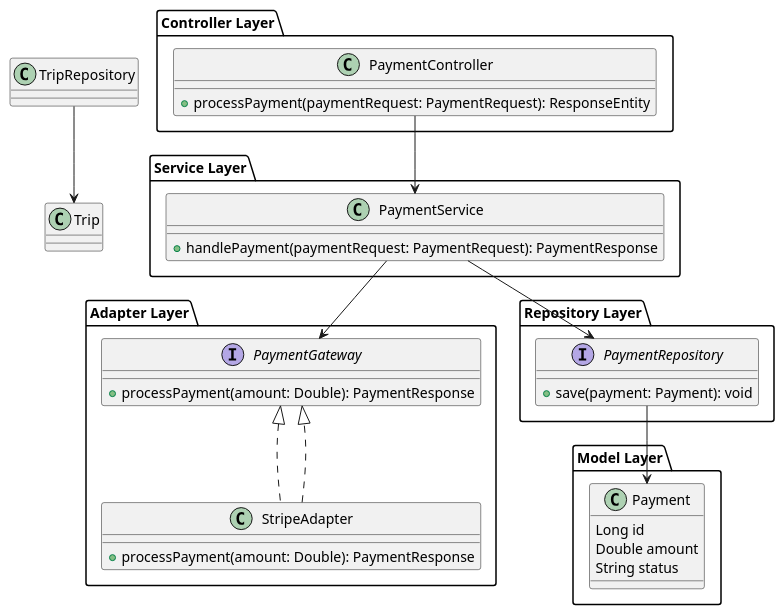
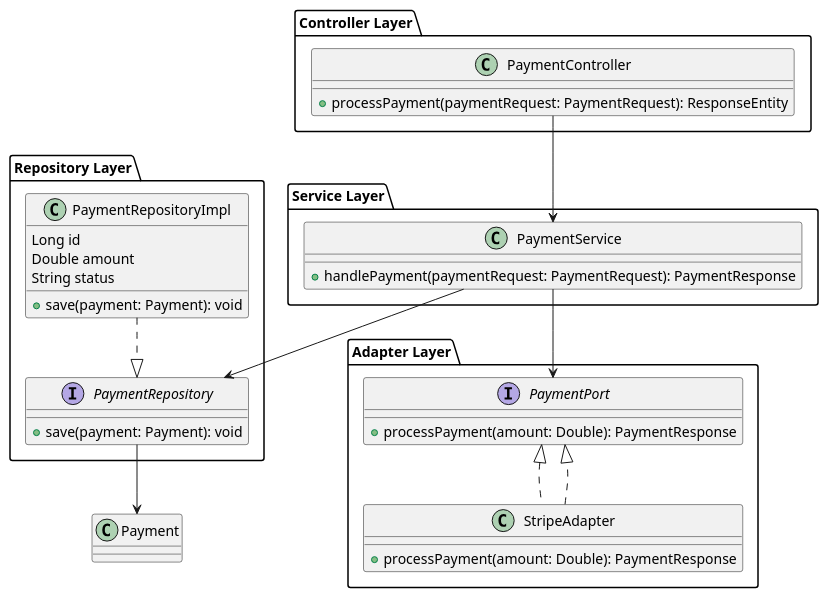
One commit to AIM-ENE-feb25/triptop-asas changed the diagram in Component diagram Amine/code diagram.puml. Above: the diagram before and after it, drawn with PlantUML. The commit also changed 1 other file, not shown here.

```diff
--- a/Component diagram Amine/code diagram.puml
+++ b/Component diagram Amine/code diagram.puml
@@ -1,52 +1,55 @@
 @startuml
 
 package "Controller Layer" {
     class PaymentController {
         + processPayment(paymentRequest: PaymentRequest): ResponseEntity
     }
 }
 
 package "Service Layer" {
     class PaymentService {
         + handlePayment(paymentRequest: PaymentRequest): PaymentResponse
     }
 
 }
 
 package "Repository Layer" {
     interface PaymentRepository {
         + save(payment: Payment): void
     }
+        class PaymentRepositoryImpl {
+                Long id
+                Double amount
+                String status
+            + save(payment: Payment): void
+        }
 }
 
-package "Model Layer" {
-    class Payment {
-        Long id
-        Double amount
-        String status
-    }
-}
+
 
 package "Adapter Layer" {
-    interface PaymentGateway {
+    interface PaymentPort {
         + processPayment(amount: Double): PaymentResponse
     }
-    class StripeAdapter implements PaymentGateway {
+    class StripeAdapter implements PaymentPort {
         + processPayment(amount: Double): PaymentResponse
     }
 
 
 }
 
-PaymentService --> PaymentGateway
-StripeAdapter ..|> PaymentGateway
+PaymentService --> PaymentPort
+StripeAdapter ..|> PaymentPort
 
 PaymentController --> PaymentService
 
 
 PaymentService --> PaymentRepository
 
-TripRepository --> Trip
+PaymentRepositoryImpl ..|> PaymentRepository
+
+
+
 PaymentRepository --> Payment
 
 @enduml
```
